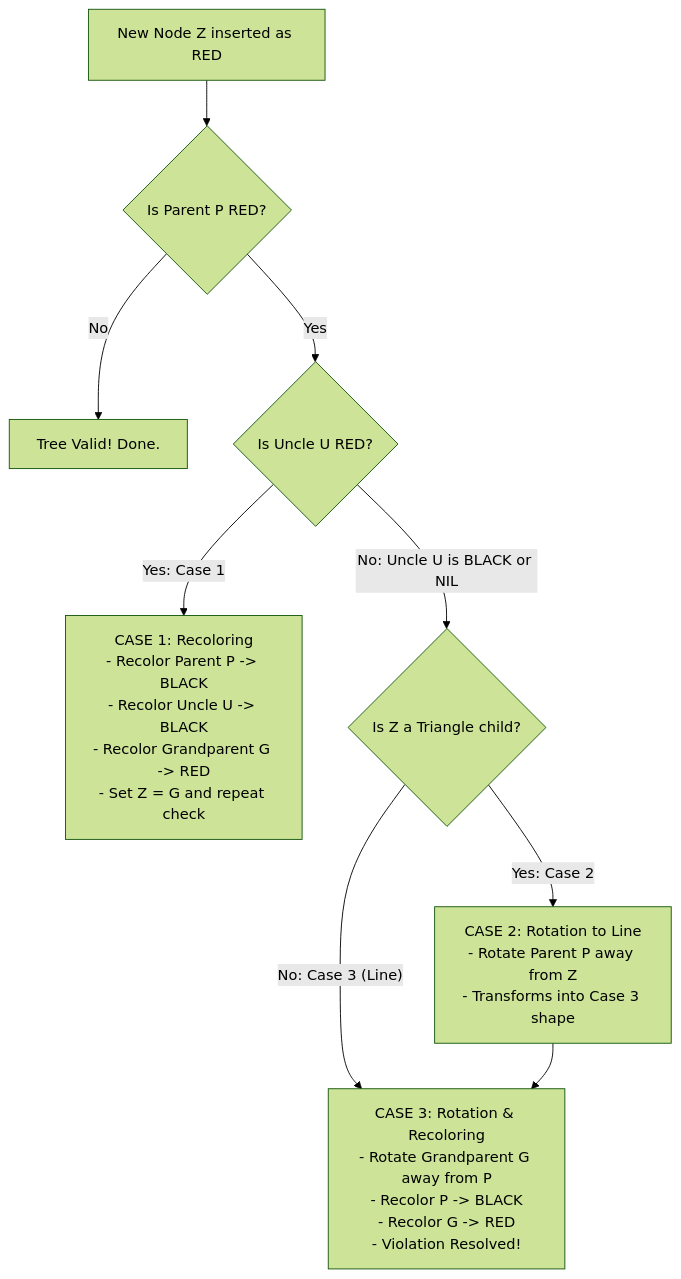
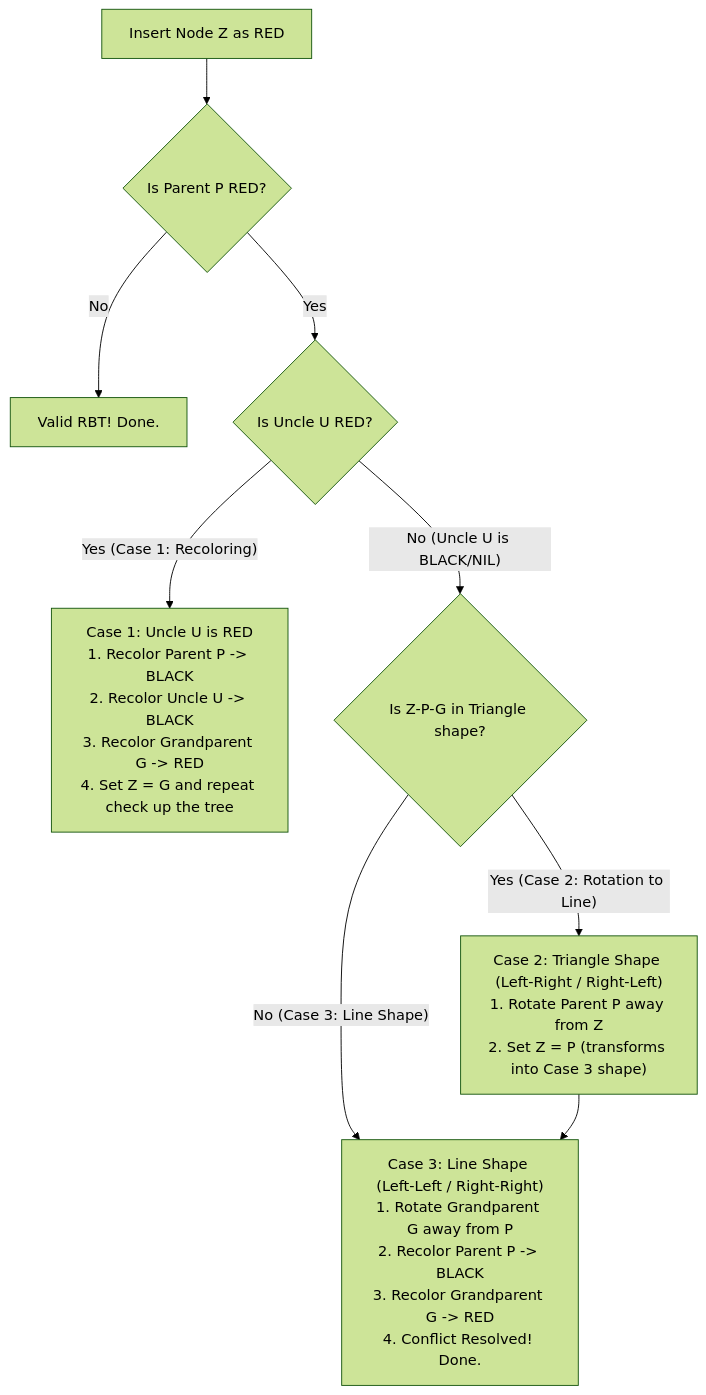
The third of 8 diagrams in notes/design_and_analysis_of_algorithms/DAA_Unit4_RedBlackTrees_AdvancedDS.md (DeepLumiere/DeepSkills), drawn with Mermaid (forest theme) before and after one commit. The commit also changed other lines of this file and 6 other files, not shown here.

First line of the commit message:
fix: convert all DAA pseudocodes into Mermaid flowcharts and standardize exam guides

````diff
--- a/notes/design_and_analysis_of_algorithms/DAA_Unit4_RedBlackTrees_AdvancedDS.md
+++ b/notes/design_and_analysis_of_algorithms/DAA_Unit4_RedBlackTrees_AdvancedDS.md
@@ -85,24 +74,24 @@
 ```mermaid
 flowchart TD
-    Start["New Node Z inserted as RED"] --> CheckP{"Is Parent P RED?"}
-    CheckP -- No --> Done["Tree Valid! Done."]
+    Start["Insert Node Z as RED"] --> CheckP{"Is Parent P RED?"}
+    CheckP -- No --> Valid["Valid RBT! Done."]
     CheckP -- Yes --> CheckU{"Is Uncle U RED?"}
 
-    CheckU -- "Yes: Case 1" --> Case1["CASE 1: Recoloring
-- Recolor Parent P -> BLACK
-- Recolor Uncle U -> BLACK
-- Recolor Grandparent G -> RED
-- Set Z = G and repeat check"]
-    CheckU -- "No: Uncle U is BLACK or NIL" --> CheckTriangle{"Is Z a Triangle child?"}
+    CheckU -- "Yes (Case 1: Recoloring)" --> Case1["Case 1: Uncle U is RED
+1. Recolor Parent P -> BLACK
+2. Recolor Uncle U -> BLACK
+3. Recolor Grandparent G -> RED
+4. Set Z = G and repeat check up the tree"]
+    CheckU -- "No (Uncle U is BLACK/NIL)" --> CheckShape{"Is Z-P-G in Triangle shape?"}
 
-    CheckTriangle -- "Yes: Case 2" --> Case2["CASE 2: Rotation to Line
-- Rotate Parent P away from Z
-- Transforms into Case 3 shape"]
-    CheckTriangle -- "No: Case 3 (Line)" --> Case3["CASE 3: Rotation & Recoloring
-- Rotate Grandparent G away from P
-- Recolor P -> BLACK
-- Recolor G -> RED
-- Violation Resolved!"]
+    CheckShape -- "Yes (Case 2: Rotation to Line)" --> Case2["Case 2: Triangle Shape (Left-Right / Right-Left)
+1. Rotate Parent P away from Z
+2. Set Z = P (transforms into Case 3 shape)"]
+    CheckShape -- "No (Case 3: Line Shape)" --> Case3["Case 3: Line Shape (Left-Left / Right-Right)
+1. Rotate Grandparent G away from P
+2. Recolor Parent P -> BLACK
+3. Recolor Grandparent G -> RED
+4. Conflict Resolved! Done."]
 
     Case2 --> Case3
 ```
````
